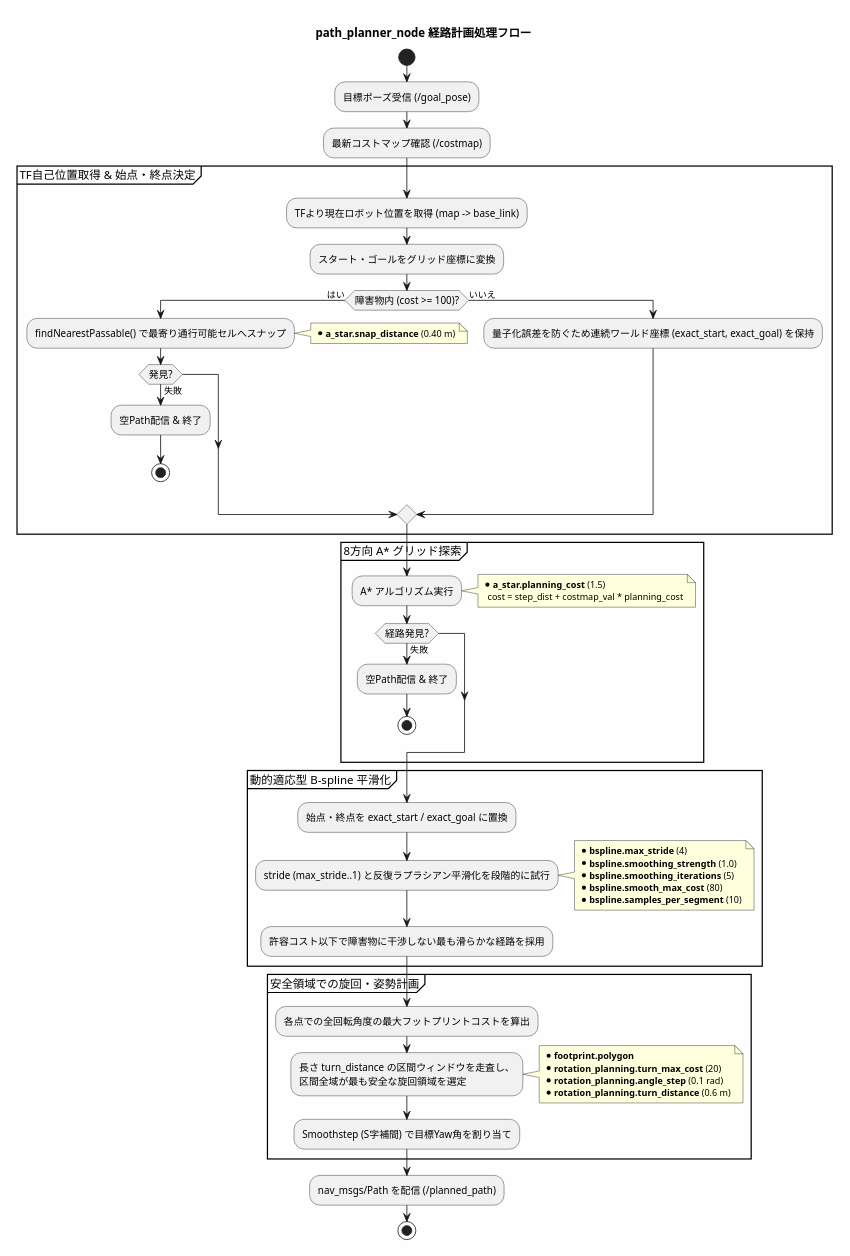
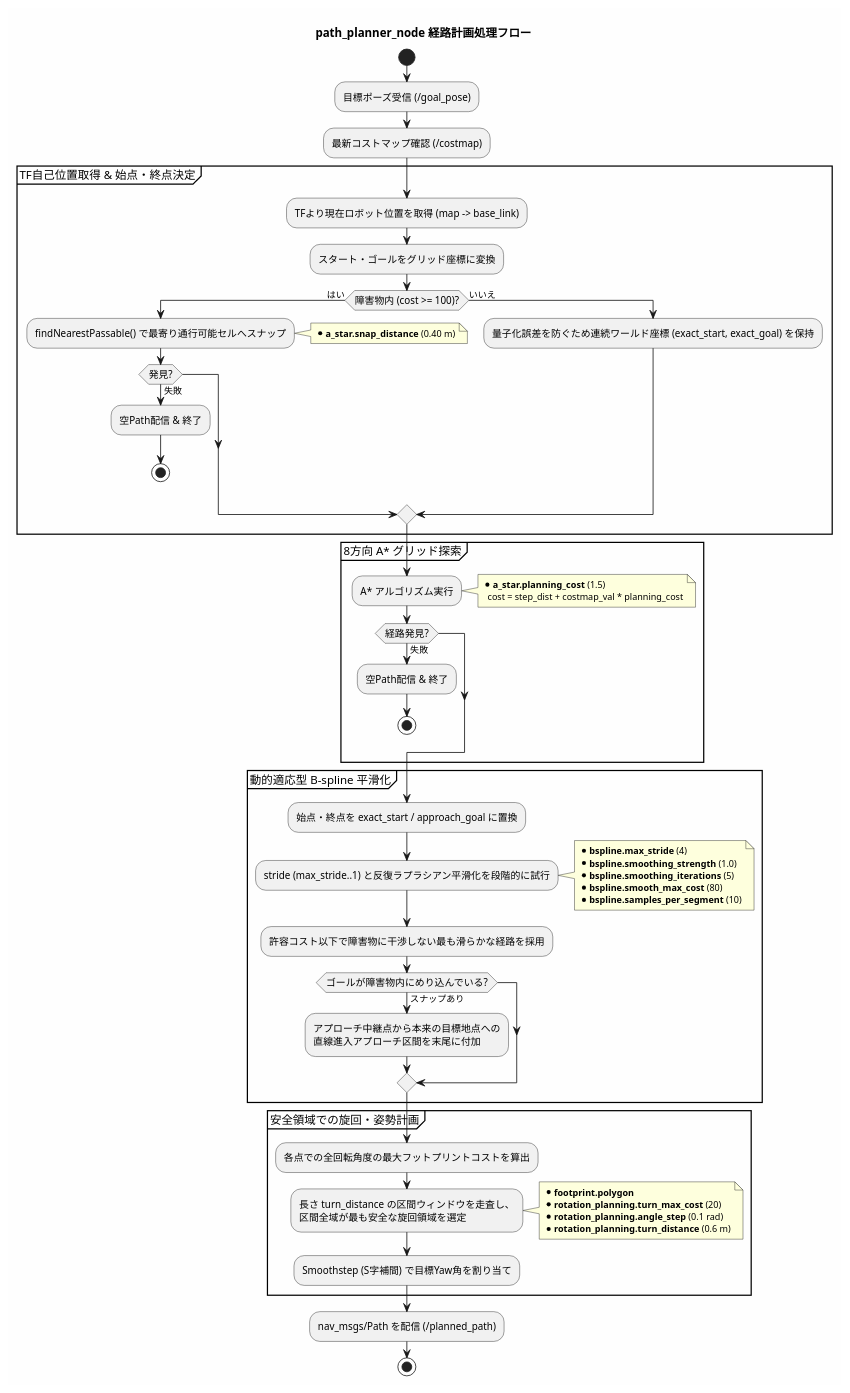
One commit to tmcit-ararobo-2026a/gn10-navigation changed the diagram in docs/path_planner_flow.pu. Above: the diagram before and after it, drawn with PlantUML. The commit also changed 2 other files, not shown here.

```diff
--- a/docs/path_planner_flow.pu
+++ b/docs/path_planner_flow.pu
@@ -1,71 +1,74 @@
 @startuml path_planner_flow
 skinparam backgroundColor #FEFEFE
 skinparam activityFontSize 12
 skinparam noteFontSize 11
 
 title path_planner_node 経路計画処理フロー
 
 start
 
 :目標ポーズ受信 (/goal_pose);
 :最新コストマップ確認 (/costmap);
 
 partition "TF自己位置取得 & 始点・終点決定" {
     :TFより現在ロボット位置を取得 (map -> base_link);
     :スタート・ゴールをグリッド座標に変換;
     if (障害物内 (cost >= 100)?) then (はい)
         :findNearestPassable() で最寄り通行可能セルへスナップ;
         note right
           * <b>a_star.snap_distance</b> (0.40 m)
         end note
         if (発見?) then (失敗)
             :空Path配信 & 終了;
             stop
         endif
     else (いいえ)
         :量子化誤差を防ぐため連続ワールド座標 (exact_start, exact_goal) を保持;
     endif
 }
 
 partition "8方向 A* グリッド探索" {
     :A* アルゴリズム実行;
     note right
       * <b>a_star.planning_cost</b> (1.5)
         cost = step_dist + costmap_val * planning_cost
     end note
     if (経路発見?) then (失敗)
         :空Path配信 & 終了;
         stop
     endif
 }
 
 partition "動的適応型 B-spline 平滑化" {
-    :始点・終点を exact_start / exact_goal に置換;
+    :始点・終点を exact_start / approach_goal に置換;
     :stride (max_stride..1) と反復ラプラシアン平滑化を段階的に試行;
     note right
       * <b>bspline.max_stride</b> (4)
       * <b>bspline.smoothing_strength</b> (1.0)
       * <b>bspline.smoothing_iterations</b> (5)
       * <b>bspline.smooth_max_cost</b> (80)
       * <b>bspline.samples_per_segment</b> (10)
     end note
     :許容コスト以下で障害物に干渉しない最も滑らかな経路を採用;
+    if (ゴールが障害物内にめり込んでいる?) then (スナップあり)
+        :アプローチ中継点から本来の目標地点への\n直線進入アプローチ区間を末尾に付加;
+    endif
 }
 
 partition "安全領域での旋回・姿勢計画" {
     :各点での全回転角度の最大フットプリントコストを算出;
     :長さ turn_distance の区間ウィンドウを走査し、\n区間全域が最も安全な旋回領域を選定;
     note right
       * <b>footprint.polygon</b>
       * <b>rotation_planning.turn_max_cost</b> (20)
       * <b>rotation_planning.angle_step</b> (0.1 rad)
       * <b>rotation_planning.turn_distance</b> (0.6 m)
     end note
     :Smoothstep (S字補間) で目標Yaw角を割り当て;
 }
 
 :nav_msgs/Path を配信 (/planned_path);
 
 stop
 
 @enduml
```
